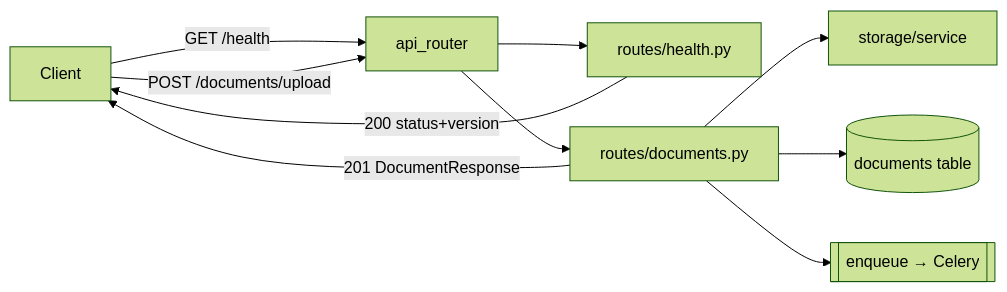
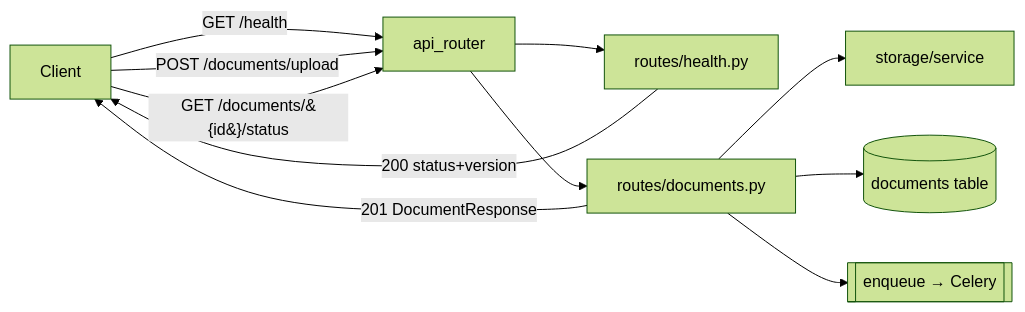
The diagram in CLAUDE.md (Northnoose/Multimodal-Document-Intelligence-for-Contracts-and-Invoices), drawn with Mermaid (forest theme) before and after one commit. The commit also changed other lines of this file and 5 other files, not shown here.

````diff
--- a/CLAUDE.md
+++ b/CLAUDE.md
@@ -126,12 +130,13 @@
 ```mermaid
 flowchart LR
     Client -->|GET /health| Router[api_router]
     Client -->|POST /documents/upload| Router
+    Client -->|GET /documents/&#123;id&#125;/status| Router
     Router --> Health[routes/health.py]
     Router --> Docs[routes/documents.py]
     Health -->|200 status+version| Client
     Docs --> Storage[storage/service]
     Docs --> DB[(documents table)]
     Docs --> Queue[[enqueue → Celery]]
     Docs -->|201 DocumentResponse| Client
 ```
````
